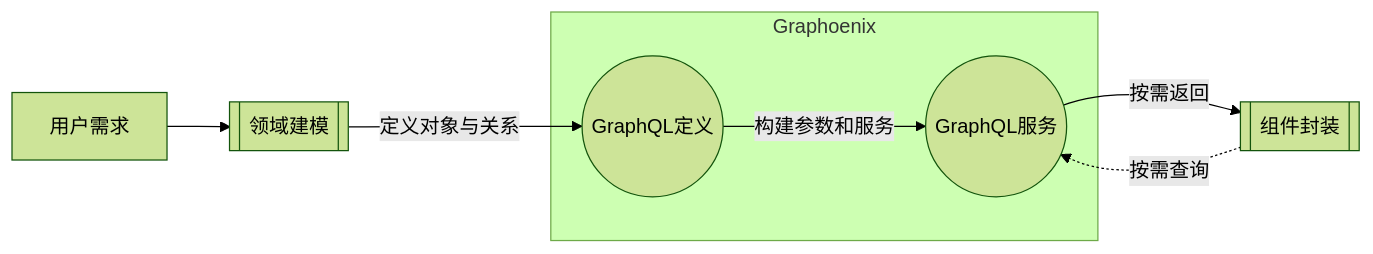
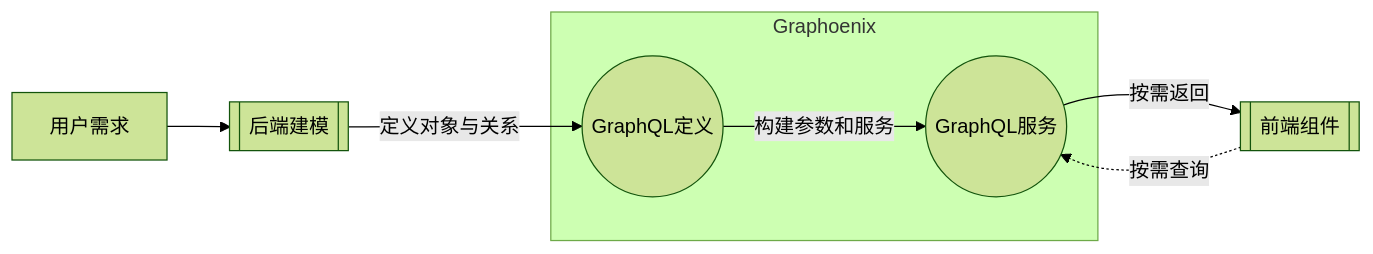
One commit to doukai/gp-doc.github.io changed the third of 7 diagrams in docs/intro.md. Above: the diagram before and after it, drawn with Mermaid (forest theme). The commit also changed other lines of this file, not shown here.

````diff
--- a/docs/intro.md
+++ b/docs/intro.md
@@ -45,9 +47,9 @@
 ```mermaid
 flowchart LR
-    a["用户需求"] --> uml[[领域建模]] -- 定义对象与关系 --> schema((GraphQL定义))
-    graphql((GraphQL服务)) -- 按需返回 --> web[[组件封装]]
+    a["用户需求"] --> uml[[后端建模]] -- 定义对象与关系 --> schema((GraphQL定义))
+    graphql((GraphQL服务)) -- 按需返回 --> web[[前端组件]]
     web -. 按需查询 .-> graphql((GraphQL服务))
     subgraph Graphoenix
         schema -- 构建参数和服务 --> graphql
     end
 ```
````
